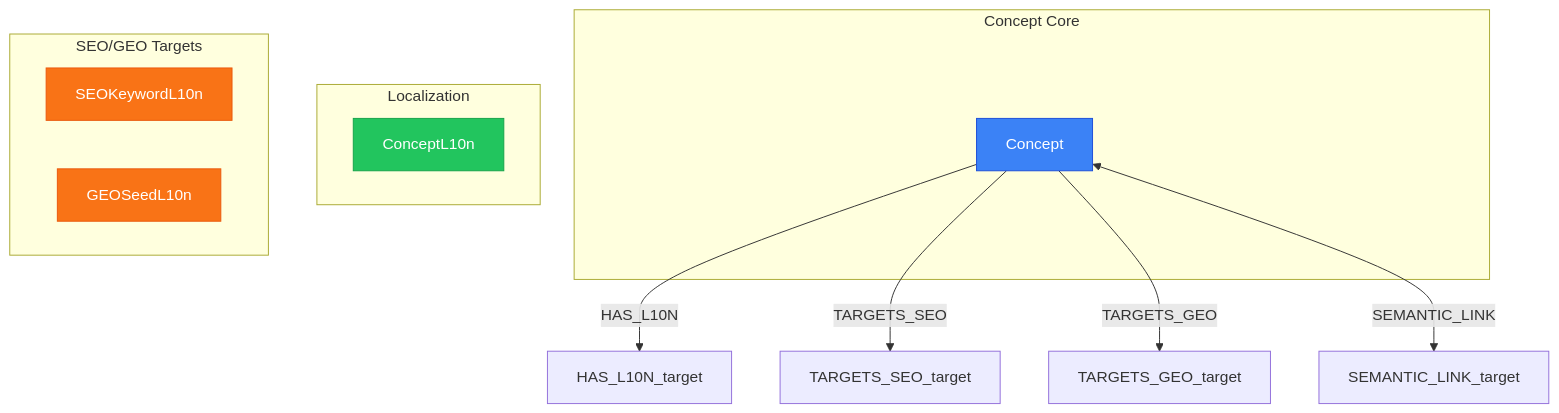
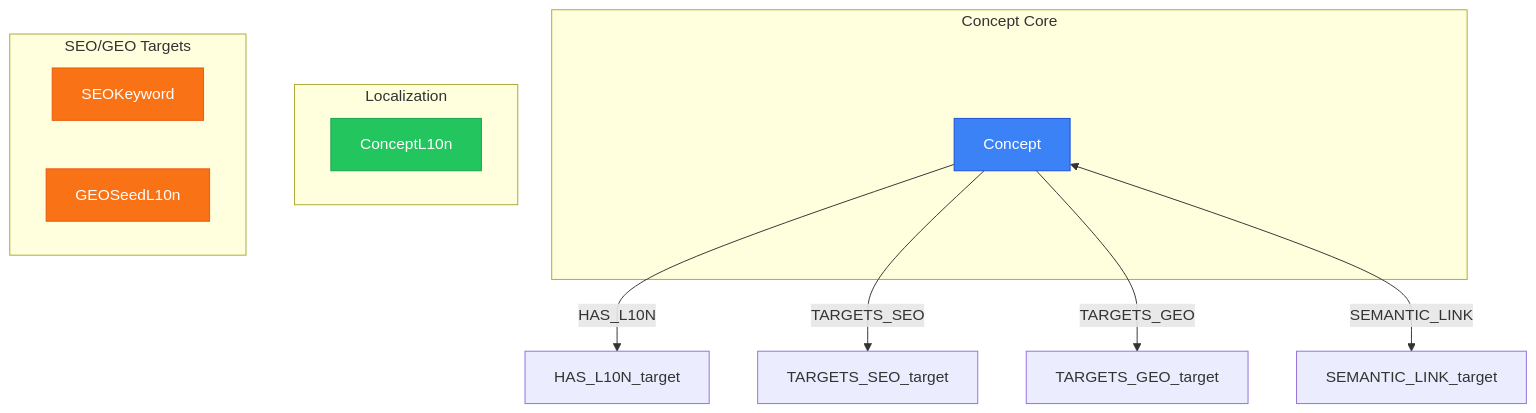
One commit to supernovae-st/novanet changed the diagram in packages/core/models/docs/views/VIEW-CONCEPT-ECOSYSTEM.md. Above: the diagram before and after it, drawn with Mermaid. The commit also changed other lines of this file and 98 other files, not shown here.

First line of the commit message:
feat(schema): v10.1 GEO removal + locale knowledge atoms

````diff
--- a/packages/core/models/docs/views/VIEW-CONCEPT-ECOSYSTEM.md
+++ b/packages/core/models/docs/views/VIEW-CONCEPT-ECOSYSTEM.md
@@ -17,28 +17,28 @@
 ```mermaid
 flowchart TB
     classDef blue fill:#3b82f6,stroke:#1d4ed8,color:#fff
     classDef green fill:#22c55e,stroke:#16a34a,color:#fff
     classDef orange fill:#f97316,stroke:#ea580c,color:#fff
 
     subgraph Concept_Core["Concept Core"]
         Concept["Concept"]
     end
 
     subgraph Localization["Localization"]
         ConceptL10n["ConceptL10n"]
     end
 
     subgraph SEO/GEO_Targets["SEO/GEO Targets"]
-        SEOKeywordL10n["SEOKeywordL10n"]
+        SEOKeyword["SEOKeyword"]
         GEOSeedL10n["GEOSeedL10n"]
     end
 
     class Concept blue
     class ConceptL10n green
-    class SEOKeywordL10n,GEOSeedL10n orange
+    class SEOKeyword,GEOSeedL10n orange
 
     Concept -->|HAS_L10N| HAS_L10N_target
     Concept -->|TARGETS_SEO| TARGETS_SEO_target
     Concept -->|TARGETS_GEO| TARGETS_GEO_target
     Concept <-->|SEMANTIC_LINK| SEMANTIC_LINK_target
 ```
````
